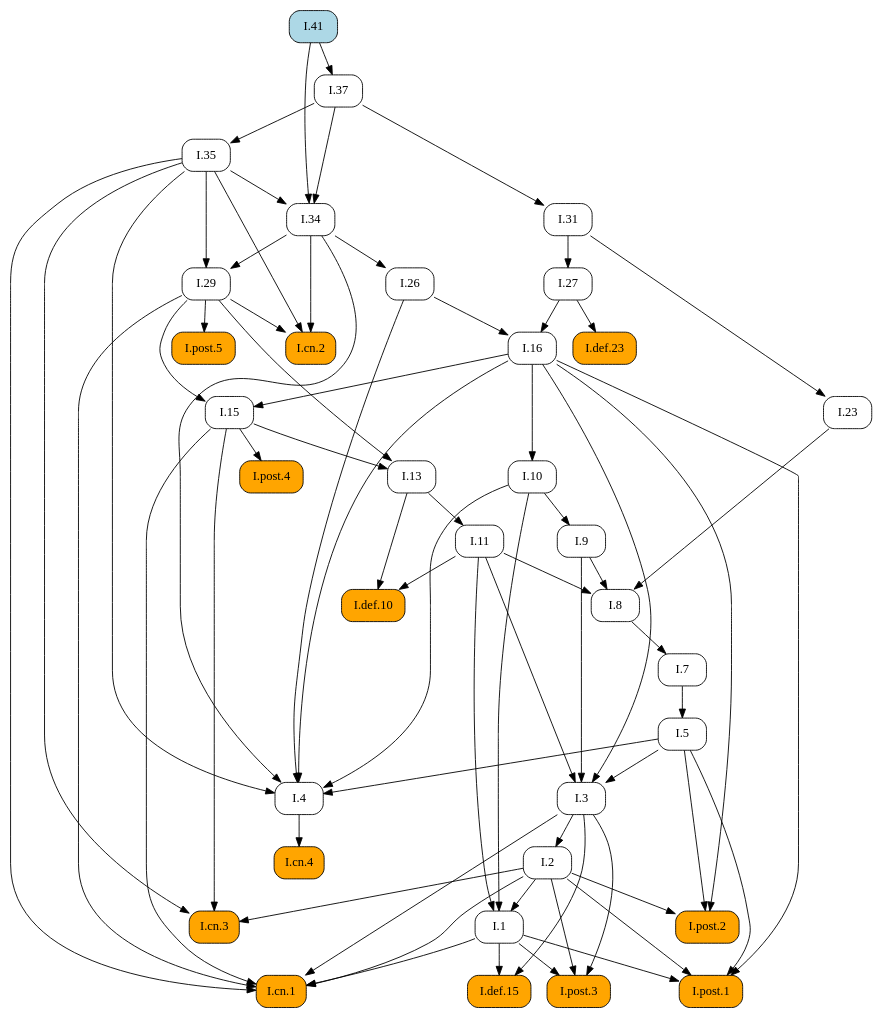
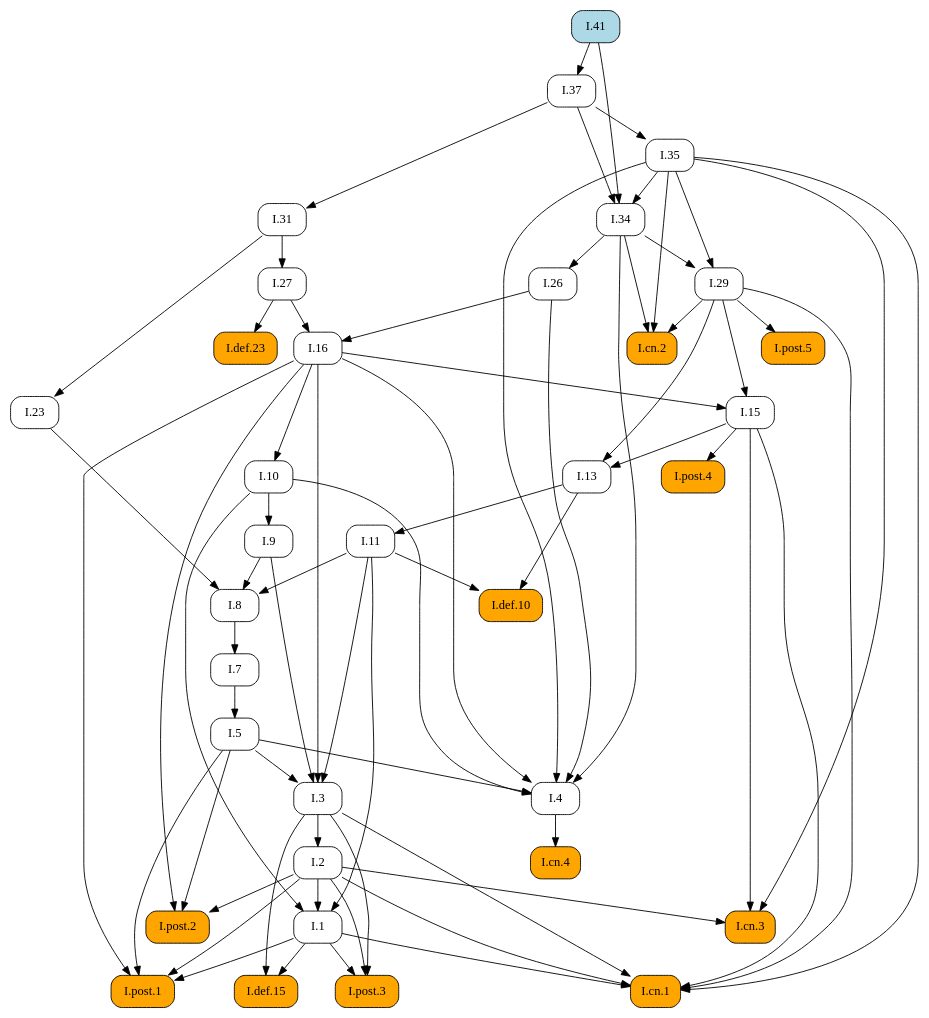
The diagram in docsrc/elements2/I/41/index.rst (geometor/elements), drawn with Graphviz before and after one commit. The commit also changed other lines of this file and 409 other files, not shown here.

First line of the commit message:
feat: Add image cropping and graphic extraction script

```diff
--- a/docsrc/elements2/I/41/index.rst
+++ b/docsrc/elements2/I/41/index.rst
@@ -44,107 +44,107 @@
    digraph {
      rankdir="TB";
      node [shape=box, style=rounded];
+     "I.37" [URL="/elements2/I/37/", target="_top"];
+     "I.31" [URL="/elements2/I/31/", target="_top"];
+     "I.41" [style="rounded,filled", fillcolor=lightblue, URL="/elements2/I/41/", target="_top"];
      "I.8" [URL="/elements2/I/8/", target="_top"];
+     "I.15" [URL="/elements2/I/15/", target="_top"];
+     "I.5" [URL="/elements2/I/5/", target="_top"];
+     "I.26" [URL="/elements2/I/26/", target="_top"];
+     "I.cn.1" [style="rounded,filled", fillcolor=orange, URL="/elements2/I/cn.1/", target="_top"];
+     "I.7" [URL="/elements2/I/7/", target="_top"];
+     "I.23" [URL="/elements2/I/23/", target="_top"];
+     "I.16" [URL="/elements2/I/16/", target="_top"];
+     "I.35" [URL="/elements2/I/35/", target="_top"];
+     "I.34" [URL="/elements2/I/34/", target="_top"];
+     "I.def.15" [style="rounded,filled", fillcolor=orange, URL="/elements2/I/def.15/", target="_top"];
+     "I.def.10" [style="rounded,filled", fillcolor=orange, URL="/elements2/I/def.10/", target="_top"];
+     "I.11" [URL="/elements2/I/11/", target="_top"];
+     "I.post.4" [style="rounded,filled", fillcolor=orange, URL="/elements2/I/post.4/", target="_top"];
+     "I.def.23" [style="rounded,filled", fillcolor=orange, URL="/elements2/I/def.23/", target="_top"];
+     "I.post.5" [style="rounded,filled", fillcolor=orange, URL="/elements2/I/post.5/", target="_top"];
+     "I.3" [URL="/elements2/I/3/", target="_top"];
+     "I.10" [URL="/elements2/I/10/", target="_top"];
+     "I.cn.3" [style="rounded,filled", fillcolor=orange, URL="/elements2/I/cn.3/", target="_top"];
+     "I.13" [URL="/elements2/I/13/", target="_top"];
+     "I.4" [URL="/elements2/I/4/", target="_top"];
+     "I.post.3" [style="rounded,filled", fillcolor=orange, URL="/elements2/I/post.3/", target="_top"];
+     "I.9" [URL="/elements2/I/9/", target="_top"];
+     "I.29" [URL="/elements2/I/29/", target="_top"];
      "I.post.1" [style="rounded,filled", fillcolor=orange, URL="/elements2/I/post.1/", target="_top"];
-     "I.5" [URL="/elements2/I/5/", target="_top"];
-     "I.post.5" [style="rounded,filled", fillcolor=orange, URL="/elements2/I/post.5/", target="_top"];
-     "I.def.10" [style="rounded,filled", fillcolor=orange, URL="/elements2/I/def.10/", target="_top"];
+     "I.2" [URL="/elements2/I/2/", target="_top"];
+     "I.27" [URL="/elements2/I/27/", target="_top"];
+     "I.cn.4" [style="rounded,filled", fillcolor=orange, URL="/elements2/I/cn.4/", target="_top"];
      "I.cn.2" [style="rounded,filled", fillcolor=orange, URL="/elements2/I/cn.2/", target="_top"];
-     "I.def.15" [style="rounded,filled", fillcolor=orange, URL="/elements2/I/def.15/", target="_top"];
-     "I.31" [URL="/elements2/I/31/", target="_top"];
-     "I.11" [URL="/elements2/I/11/", target="_top"];
-     "I.3" [URL="/elements2/I/3/", target="_top"];
+     "I.1" [URL="/elements2/I/1/", target="_top"];
      "I.post.2" [style="rounded,filled", fillcolor=orange, URL="/elements2/I/post.2/", target="_top"];
-     "I.def.23" [style="rounded,filled", fillcolor=orange, URL="/elements2/I/def.23/", target="_top"];
-     "I.26" [URL="/elements2/I/26/", target="_top"];
-     "I.cn.3" [style="rounded,filled", fillcolor=orange, URL="/elements2/I/cn.3/", target="_top"];
-     "I.cn.4" [style="rounded,filled", fillcolor=orange, URL="/elements2/I/cn.4/", target="_top"];
-     "I.1" [URL="/elements2/I/1/", target="_top"];
-     "I.7" [URL="/elements2/I/7/", target="_top"];
-     "I.9" [URL="/elements2/I/9/", target="_top"];
-     "I.cn.1" [style="rounded,filled", fillcolor=orange, URL="/elements2/I/cn.1/", target="_top"];
-     "I.29" [URL="/elements2/I/29/", target="_top"];
-     "I.16" [URL="/elements2/I/16/", target="_top"];
-     "I.post.4" [style="rounded,filled", fillcolor=orange, URL="/elements2/I/post.4/", target="_top"];
-     "I.13" [URL="/elements2/I/13/", target="_top"];
-     "I.35" [URL="/elements2/I/35/", target="_top"];
-     "I.41" [style="rounded,filled", fillcolor=lightblue, URL="/elements2/I/41/", target="_top"];
-     "I.2" [URL="/elements2/I/2/", target="_top"];
-     "I.37" [URL="/elements2/I/37/", target="_top"];
-     "I.27" [URL="/elements2/I/27/", target="_top"];
-     "I.4" [URL="/elements2/I/4/", target="_top"];
-     "I.10" [URL="/elements2/I/10/", target="_top"];
-     "I.15" [URL="/elements2/I/15/", target="_top"];
-     "I.34" [URL="/elements2/I/34/", target="_top"];
-     "I.23" [URL="/elements2/I/23/", target="_top"];
-     "I.post.3" [style="rounded,filled", fillcolor=orange, URL="/elements2/I/post.3/", target="_top"];
+     "I.41" -> "I.37";
+     "I.37" -> "I.31";
      "I.9" -> "I.8";
      "I.11" -> "I.8";
      "I.23" -> "I.8";
-     "I.1" -> "I.post.1";
-     "I.2" -> "I.post.1";
-     "I.5" -> "I.post.1";
-     "I.16" -> "I.post.1";
+     "I.16" -> "I.15";
+     "I.29" -> "I.15";
      "I.7" -> "I.5";
-     "I.29" -> "I.post.5";
-     "I.11" -> "I.def.10";
-     "I.13" -> "I.def.10";
-     "I.29" -> "I.cn.2";
-     "I.34" -> "I.cn.2";
-     "I.35" -> "I.cn.2";
-     "I.1" -> "I.def.15";
-     "I.3" -> "I.def.15";
-     "I.37" -> "I.31";
-     "I.13" -> "I.11";
-     "I.5" -> "I.3";
-     "I.9" -> "I.3";
-     "I.11" -> "I.3";
-     "I.16" -> "I.3";
-     "I.2" -> "I.post.2";
-     "I.5" -> "I.post.2";
-     "I.16" -> "I.post.2";
-     "I.27" -> "I.def.23";
      "I.34" -> "I.26";
-     "I.2" -> "I.cn.3";
-     "I.15" -> "I.cn.3";
-     "I.35" -> "I.cn.3";
-     "I.4" -> "I.cn.4";
-     "I.2" -> "I.1";
-     "I.10" -> "I.1";
-     "I.11" -> "I.1";
-     "I.8" -> "I.7";
-     "I.10" -> "I.9";
      "I.1" -> "I.cn.1";
      "I.2" -> "I.cn.1";
      "I.3" -> "I.cn.1";
      "I.15" -> "I.cn.1";
      "I.29" -> "I.cn.1";
      "I.35" -> "I.cn.1";
-     "I.34" -> "I.29";
-     "I.35" -> "I.29";
+     "I.8" -> "I.7";
+     "I.31" -> "I.23";
      "I.26" -> "I.16";
      "I.27" -> "I.16";
+     "I.37" -> "I.35";
+     "I.35" -> "I.34";
+     "I.37" -> "I.34";
+     "I.41" -> "I.34";
+     "I.1" -> "I.def.15";
+     "I.3" -> "I.def.15";
+     "I.11" -> "I.def.10";
+     "I.13" -> "I.def.10";
+     "I.13" -> "I.11";
      "I.15" -> "I.post.4";
+     "I.27" -> "I.def.23";
+     "I.29" -> "I.post.5";
+     "I.5" -> "I.3";
+     "I.9" -> "I.3";
+     "I.11" -> "I.3";
+     "I.16" -> "I.3";
+     "I.16" -> "I.10";
+     "I.2" -> "I.cn.3";
+     "I.15" -> "I.cn.3";
+     "I.35" -> "I.cn.3";
      "I.15" -> "I.13";
      "I.29" -> "I.13";
-     "I.37" -> "I.35";
-     "I.3" -> "I.2";
-     "I.41" -> "I.37";
-     "I.31" -> "I.27";
      "I.5" -> "I.4";
      "I.10" -> "I.4";
      "I.16" -> "I.4";
      "I.26" -> "I.4";
      "I.34" -> "I.4";
      "I.35" -> "I.4";
-     "I.16" -> "I.10";
-     "I.16" -> "I.15";
-     "I.29" -> "I.15";
-     "I.35" -> "I.34";
-     "I.37" -> "I.34";
-     "I.41" -> "I.34";
-     "I.31" -> "I.23";
      "I.1" -> "I.post.3";
      "I.2" -> "I.post.3";
      "I.3" -> "I.post.3";
+     "I.10" -> "I.9";
+     "I.34" -> "I.29";
+     "I.35" -> "I.29";
+     "I.1" -> "I.post.1";
+     "I.2" -> "I.post.1";
+     "I.5" -> "I.post.1";
+     "I.16" -> "I.post.1";
+     "I.3" -> "I.2";
+     "I.31" -> "I.27";
+     "I.4" -> "I.cn.4";
+     "I.29" -> "I.cn.2";
+     "I.34" -> "I.cn.2";
+     "I.35" -> "I.cn.2";
+     "I.2" -> "I.1";
+     "I.10" -> "I.1";
+     "I.11" -> "I.1";
+     "I.2" -> "I.post.2";
+     "I.5" -> "I.post.2";
+     "I.16" -> "I.post.2";
    }
```
